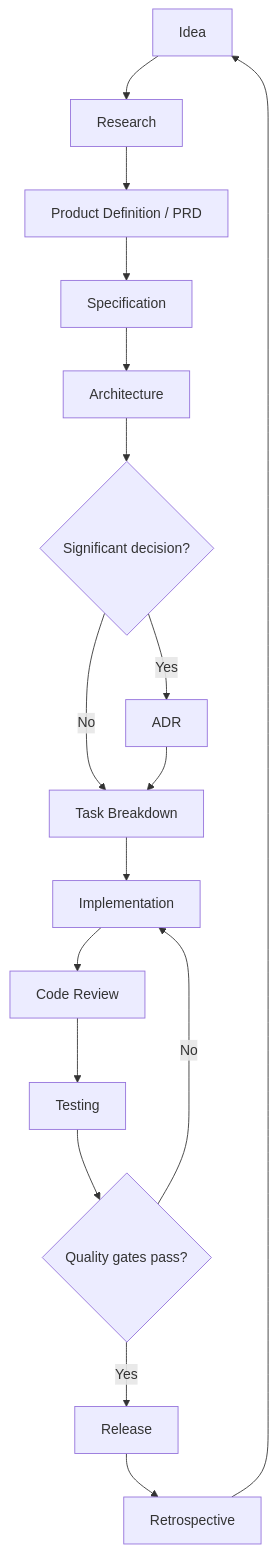
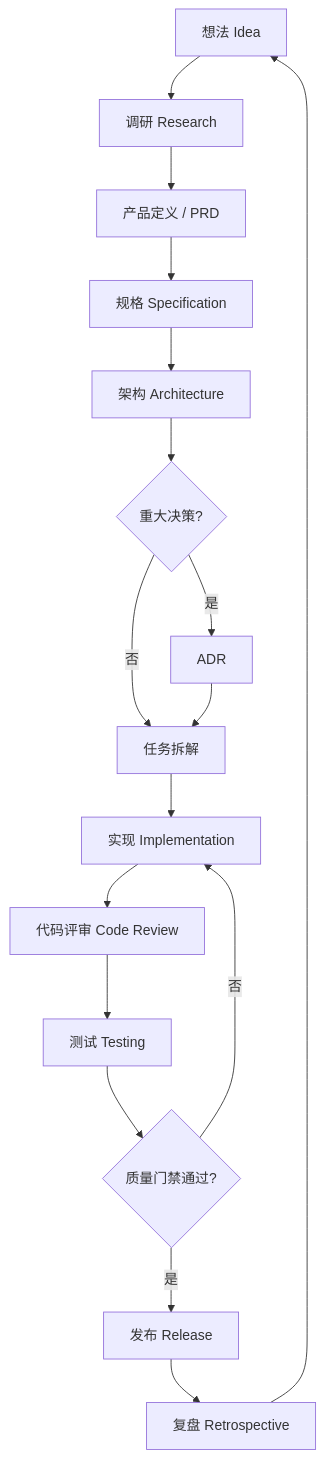
One commit to LeapMaCoder/ai-engineer-os changed the first of 2 diagrams in docs/07_Development/Development_Workflow.md. Above: the diagram before and after it, drawn with Mermaid. The commit also changed other lines of this file and 75 other files, not shown here.

````diff
--- a/docs/07_Development/Development_Workflow.md
+++ b/docs/07_Development/Development_Workflow.md
@@ -26,19 +27,19 @@
 ```mermaid
 flowchart TD
-  A[Idea] --> B[Research]
-  B --> C[Product Definition / PRD]
-  C --> D[Specification]
-  D --> E[Architecture]
-  E --> F{Significant decision?}
-  F -->|Yes| G[ADR]
-  F -->|No| H[Task Breakdown]
+  A[想法 Idea] --> B[调研 Research]
+  B --> C[产品定义 / PRD]
+  C --> D[规格 Specification]
+  D --> E[架构 Architecture]
+  E --> F{重大决策?}
+  F -->|是| G[ADR]
+  F -->|否| H[任务拆解]
   G --> H
-  H --> I[Implementation]
-  I --> J[Code Review]
-  J --> K[Testing]
-  K --> L{Quality gates pass?}
-  L -->|No| I
-  L -->|Yes| M[Release]
-  M --> N[Retrospective]
+  H --> I[实现 Implementation]
+  I --> J[代码评审 Code Review]
+  J --> K[测试 Testing]
+  K --> L{质量门禁通过?}
+  L -->|否| I
+  L -->|是| M[发布 Release]
+  M --> N[复盘 Retrospective]
   N --> A
 ```
````
